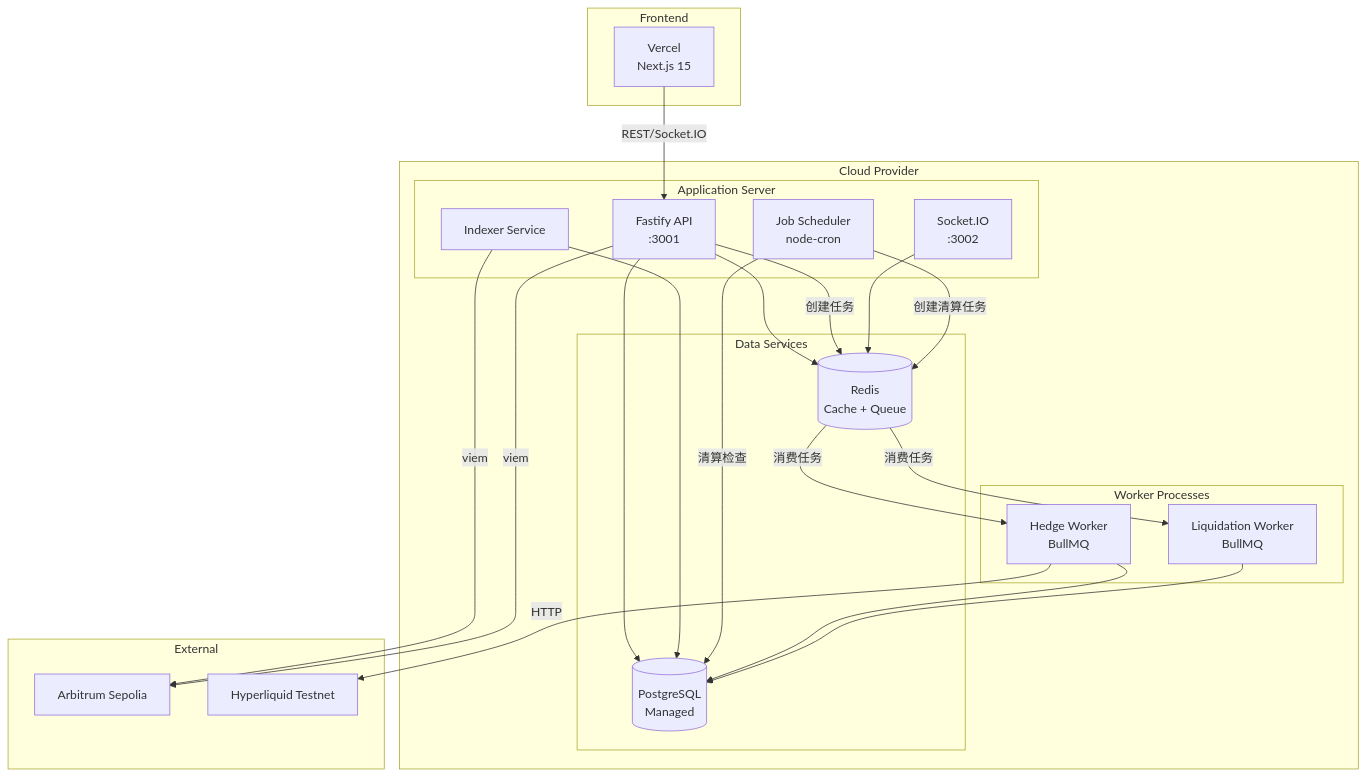
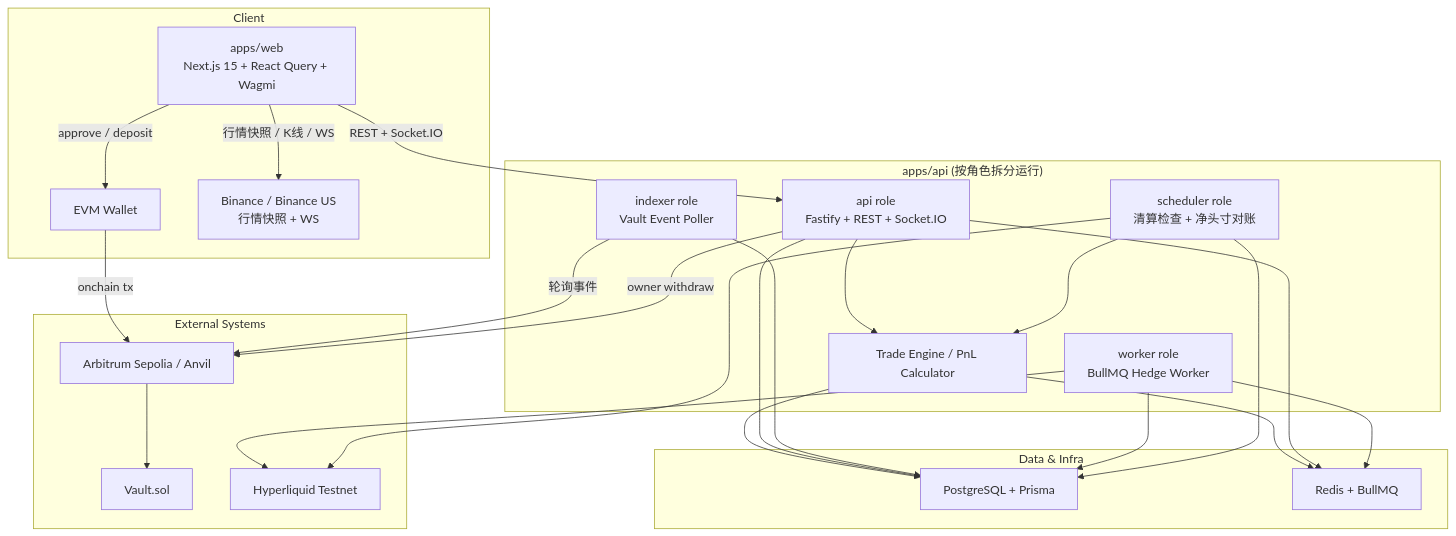
Before and after one commit to DARREN-ZHANG/perpdex-mvp: the diagram in docs/ARCHITECTURE.md, drawn with Mermaid. The commit also changed other lines of this file and 2 other files, not shown here.

````diff
--- a/docs/ARCHITECTURE.md
+++ b/docs/ARCHITECTURE.md
@@ -1099,54 +27,52 @@
 ```mermaid
 graph TB
-    subgraph "Cloud Provider"
-        subgraph "Application Server"
-            API[Fastify API<br/>:3001]
-            WS[Socket.IO<br/>:3002]
-            INDEXER[Indexer Service]
-            SCHEDULER[Job Scheduler<br/>node-cron]
-        end
-
-        subgraph "Worker Processes"
-            HEDGE_WORKER[Hedge Worker<br/>BullMQ]
-            LIQ_WORKER[Liquidation Worker<br/>BullMQ]
-        end
-
-        subgraph "Data Services"
-            PG[(PostgreSQL<br/>Managed)]
-            REDIS[(Redis<br/>Cache + Queue)]
-        end
+    subgraph Client["Client"]
+        WEB["apps/web<br/>Next.js 15 + React Query + Wagmi"]
+        WALLET["EVM Wallet"]
+        BINANCE["Binance / Binance US<br/>行情快照 + WS"]
     end
 
-    subgraph "External"
-        CHAIN[Arbitrum Sepolia]
-        HYPER[Hyperliquid Testnet]
+    subgraph Backend["apps/api (按角色拆分运行)"]
+        API["api role<br/>Fastify + REST + Socket.IO"]
+        WORKER["worker role<br/>BullMQ Hedge Worker"]
+        SCHED["scheduler role<br/>清算检查 + 净头寸对账"]
+        INDEXER["indexer role<br/>Vault Event Poller"]
+        ENGINE["Trade Engine / PnL Calculator"]
     end
 
-    subgraph "Frontend"
-        VERCEL[Vercel<br/>Next.js 15]
+    subgraph Data["Data & Infra"]
+        PG["PostgreSQL + Prisma"]
+        REDIS["Redis + BullMQ"]
     end
 
-    VERCEL -->|REST/Socket.IO| API
+    subgraph External["External Systems"]
+        VAULT["Vault.sol"]
+        CHAIN["Arbitrum Sepolia / Anvil"]
+        HYPER["Hyperliquid Testnet"]
+    end
 
+    WEB -->|REST + Socket.IO| API
+    WEB -->|approve / deposit| WALLET
+    WALLET -->|onchain tx| CHAIN
+    CHAIN --> VAULT
+    WEB -->|行情快照 / K线 / WS| BINANCE
+
+    API --> ENGINE
+    ENGINE --> PG
+    ENGINE --> REDIS
     API --> PG
     API --> REDIS
-    API -->|创建任务| REDIS
 
-    WS --> REDIS
-
-    INDEXER -->|viem| CHAIN
+    INDEXER -->|轮询事件| CHAIN
     INDEXER --> PG
 
-    SCHEDULER -->|清算检查| PG
-    SCHEDULER -->|创建清算任务| REDIS
+    WORKER --> REDIS
+    WORKER --> PG
+    WORKER --> HYPER
 
-    REDIS -->|消费任务| HEDGE_WORKER
-    REDIS -->|消费任务| LIQ_WORKER
+    SCHED --> PG
+    SCHED --> ENGINE
+    SCHED --> HYPER
 
-    HEDGE_WORKER -->|HTTP| HYPER
-    HEDGE_WORKER --> PG
-
-    LIQ_WORKER --> PG
-
-    API -->|viem| CHAIN
+    API -->|owner withdraw| CHAIN
 ```
````
